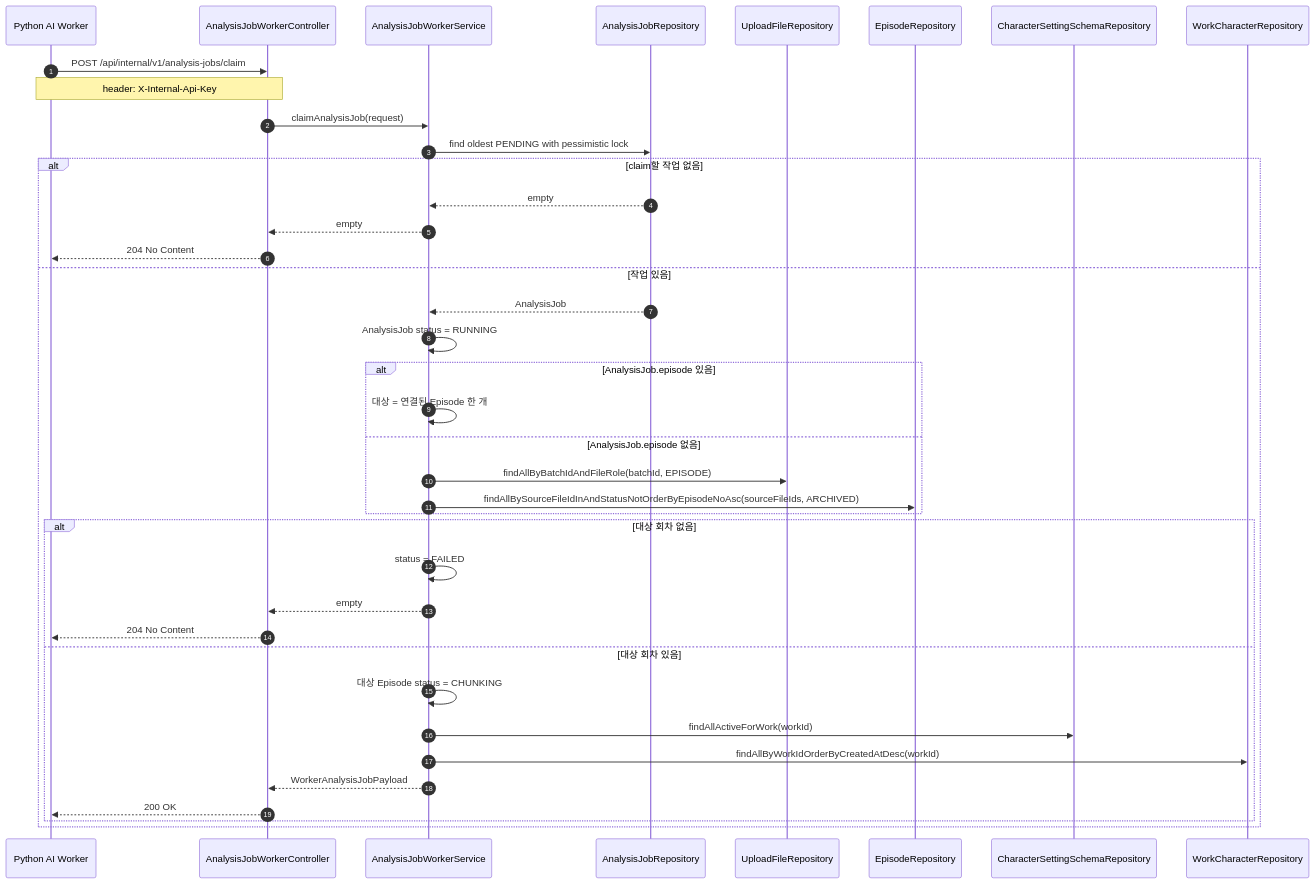
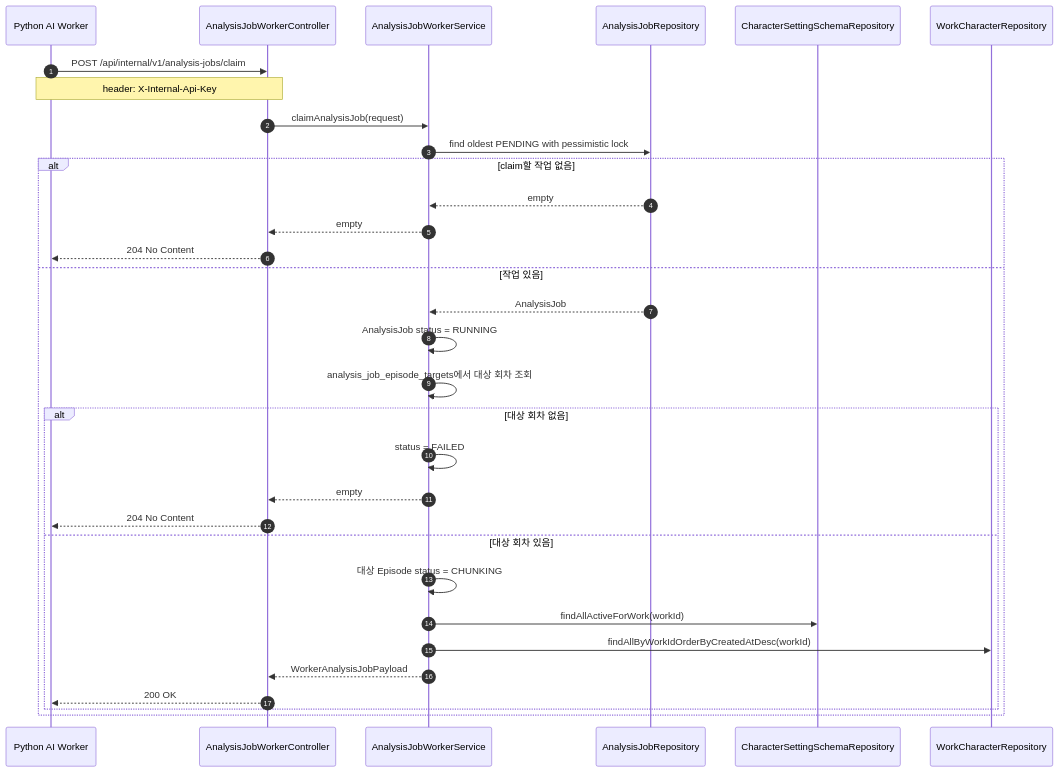
The ninth of 10 diagrams in docs/analysis-workflow.md (catchhole-soma/catchhole-backend-java), drawn with Mermaid before and after one commit. The commit also changed other lines of this file and 8 other files, not shown here.

````diff
--- a/docs/analysis-workflow.md
+++ b/docs/analysis-workflow.md
@@ -270,42 +278,35 @@
 ```mermaid
 sequenceDiagram
     autonumber
     participant Worker as Python AI Worker
     participant Controller as AnalysisJobWorkerController
     participant Service as AnalysisJobWorkerService
     participant JobRepo as AnalysisJobRepository
-    participant UploadRepo as UploadFileRepository
-    participant EpisodeRepo as EpisodeRepository
     participant SchemaRepo as CharacterSettingSchemaRepository
     participant CharacterRepo as WorkCharacterRepository
 
     Worker->>Controller: POST /api/internal/v1/analysis-jobs/claim
     Note over Worker,Controller: header: X-Internal-Api-Key
     Controller->>Service: claimAnalysisJob(request)
     Service->>JobRepo: find oldest PENDING with pessimistic lock
     alt claim할 작업 없음
         JobRepo-->>Service: empty
         Service-->>Controller: empty
         Controller-->>Worker: 204 No Content
     else 작업 있음
         JobRepo-->>Service: AnalysisJob
         Service->>Service: AnalysisJob status = RUNNING
-        alt AnalysisJob.episode 있음
-            Service->>Service: 대상 = 연결된 Episode 한 개
-        else AnalysisJob.episode 없음
-            Service->>UploadRepo: findAllByBatchIdAndFileRole(batchId, EPISODE)
-            Service->>EpisodeRepo: findAllBySourceFileIdInAndStatusNotOrderByEpisodeNoAsc(sourceFileIds, ARCHIVED)
-        end
+        Service->>Service: analysis_job_episode_targets에서 대상 회차 조회
         alt 대상 회차 없음
             Service->>Service: status = FAILED
             Service-->>Controller: empty
             Controller-->>Worker: 204 No Content
         else 대상 회차 있음
             Service->>Service: 대상 Episode status = CHUNKING
             Service->>SchemaRepo: findAllActiveForWork(workId)
             Service->>CharacterRepo: findAllByWorkIdOrderByCreatedAtDesc(workId)
             Service-->>Controller: WorkerAnalysisJobPayload
             Controller-->>Worker: 200 OK
         end
     end
 ```
````
